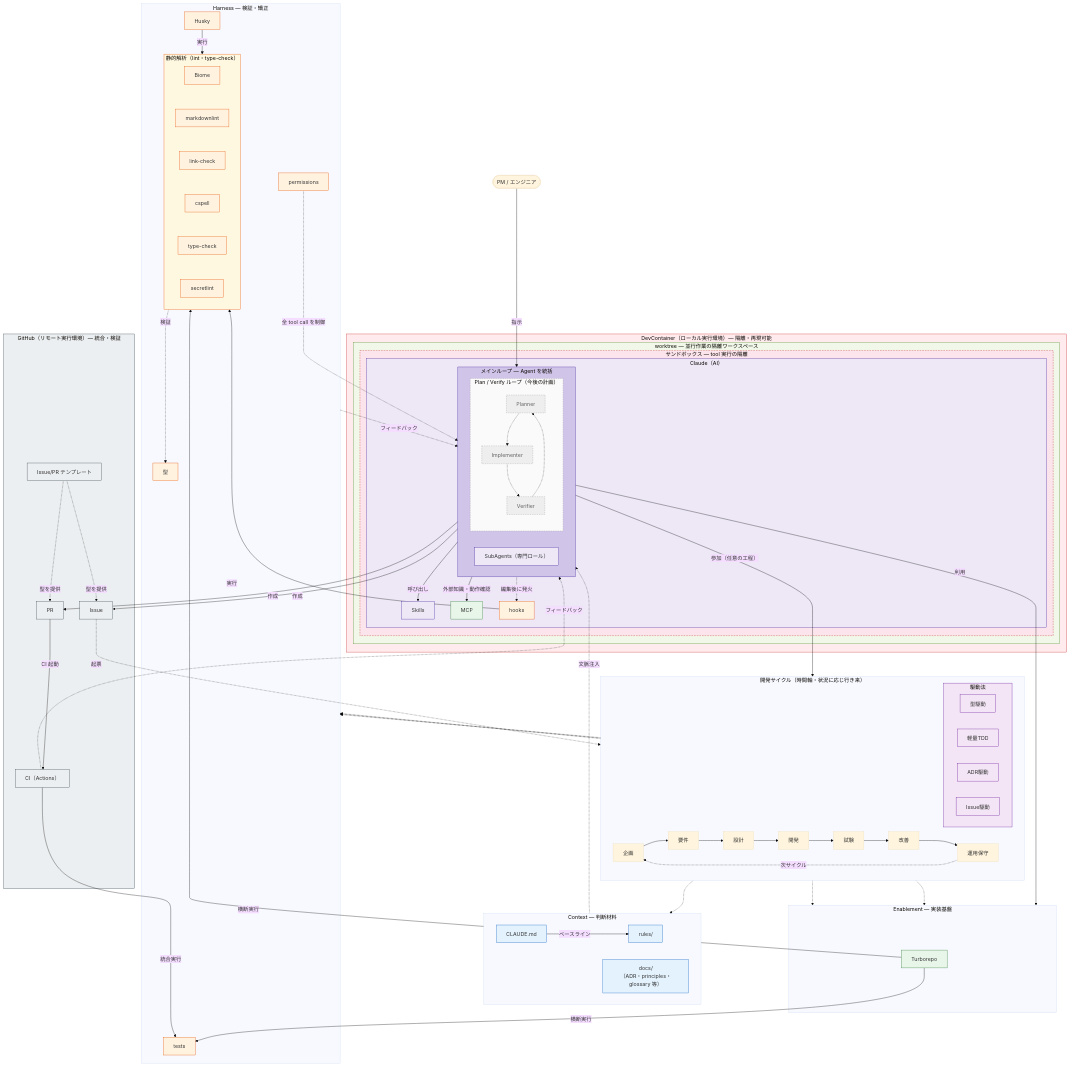
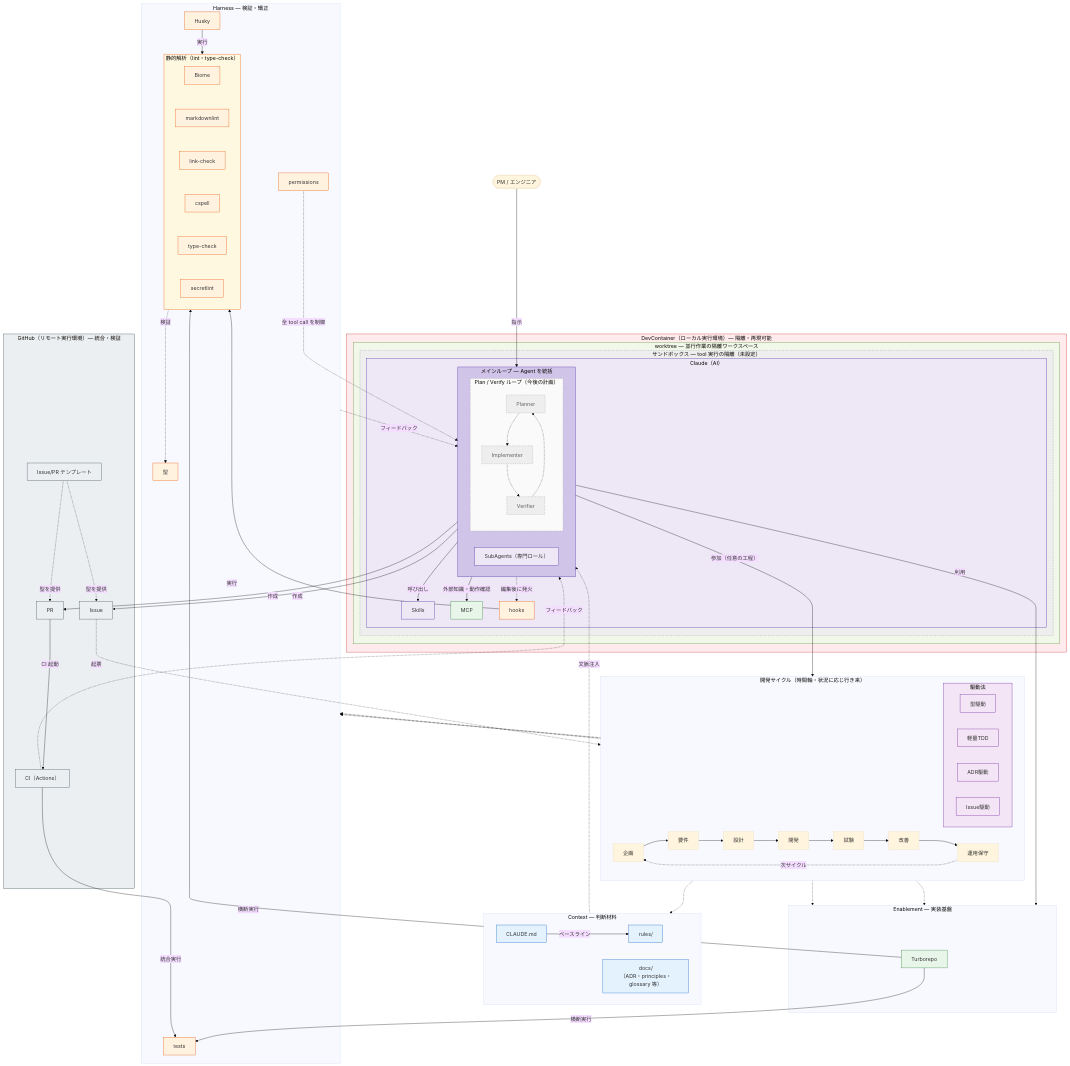
The diagram in docs/guides/ai-driven-development.md (kuairen-227/agent-team-studio), drawn with Mermaid (base theme) before and after one commit. The commit also changed other lines of this file, not shown here.

```diff
--- a/docs/guides/ai-driven-development.md
+++ b/docs/guides/ai-driven-development.md
@@ -26,7 +26,7 @@
 flowchart TB
     subgraph dc["DevContainer（ローカル実行環境）— 隔離・再現可能"]
         subgraph wt["worktree — 並行作業の隔離ワークスペース"]
-            subgraph sb["サンドボックス — tool 実行の隔離"]
+            subgraph sb["サンドボックス — tool 実行の隔離（未設定）"]
                 subgraph ai["Claude（AI）"]
                     subgraph ML["メインループ — Agent を統括"]
                         AGT["SubAgents（専門ロール）"]
@@ -115,7 +115,7 @@
     class SKL,AGT a
     class PL,IMP,VER f
     style dc fill:#ffebee,stroke:#c62828
-    style sb fill:#fce4ec,stroke:#c62828,stroke-dasharray:5 3
+    style sb fill:#eeeeee,stroke:#9e9e9e,stroke-dasharray:5 3
     style wt fill:#f1f8e9,stroke:#558b2f
     style ai fill:#ede7f6,stroke:#4527a0
     style ML fill:#d1c4e9,stroke:#4527a0
```
